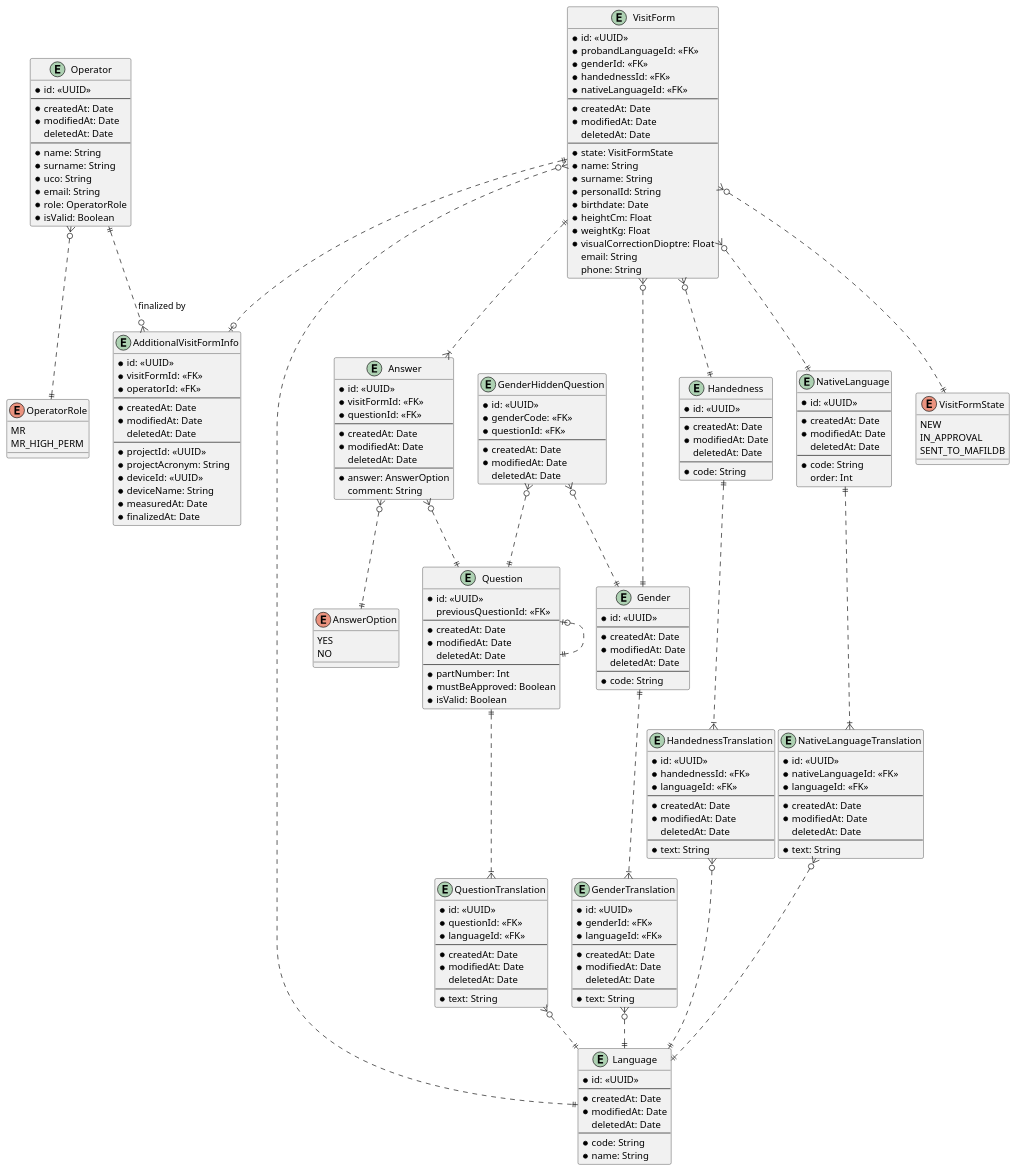
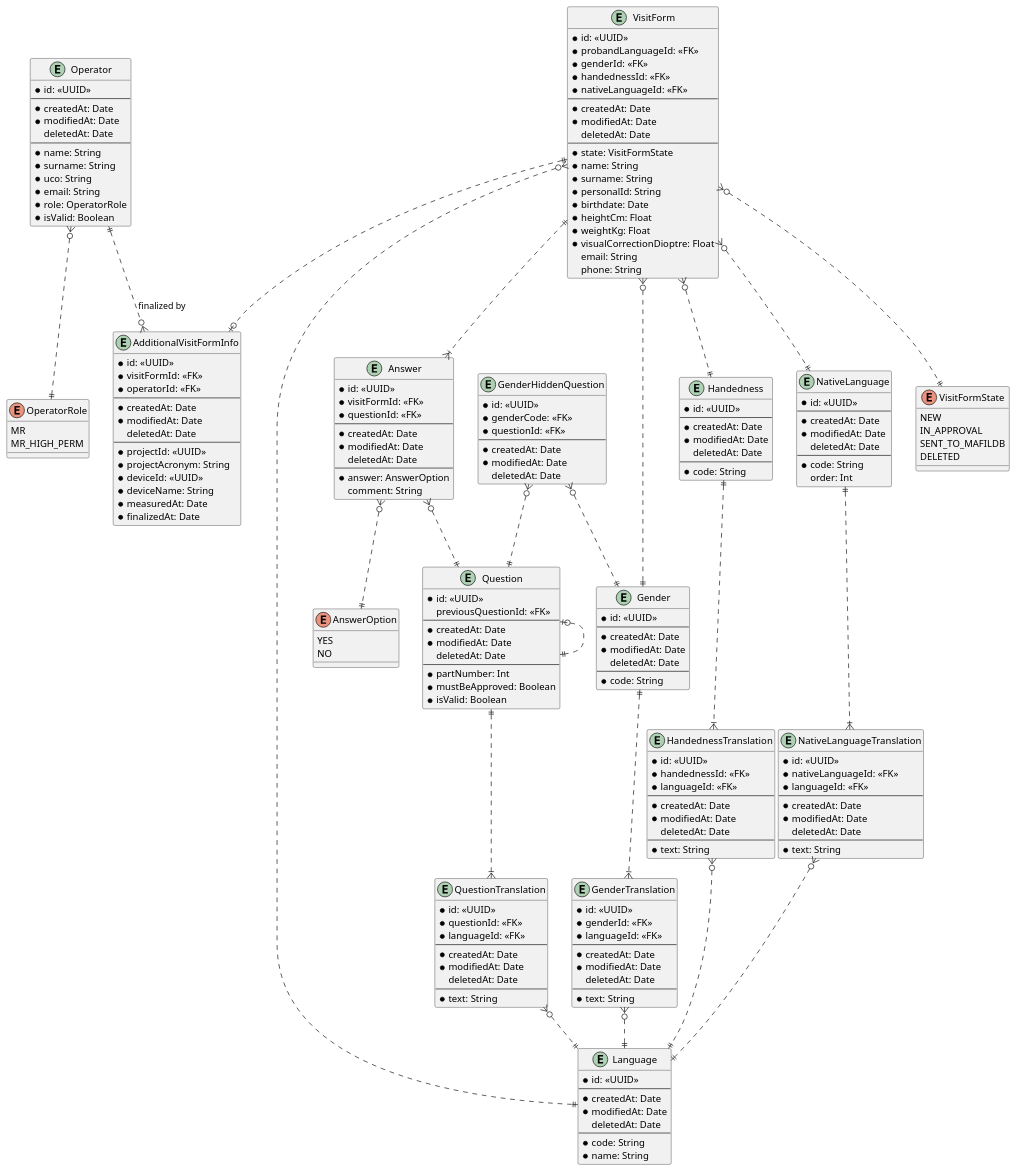
Before and after one commit to lukas-kratochvil/mafil-proband-safety-questionnaire: the diagram in docs/ERD.puml, drawn with PlantUML. The commit also changed 1 other file, not shown here.

Commit message:
fix: added missing VisitFormState state to the ERD

```diff
--- a/docs/ERD.puml
+++ b/docs/ERD.puml
@@ -47,6 +47,7 @@
   NEW
   IN_APPROVAL
   SENT_TO_MAFILDB
+  DELETED
 }
 
 entity AdditionalVisitFormInfo {
```
